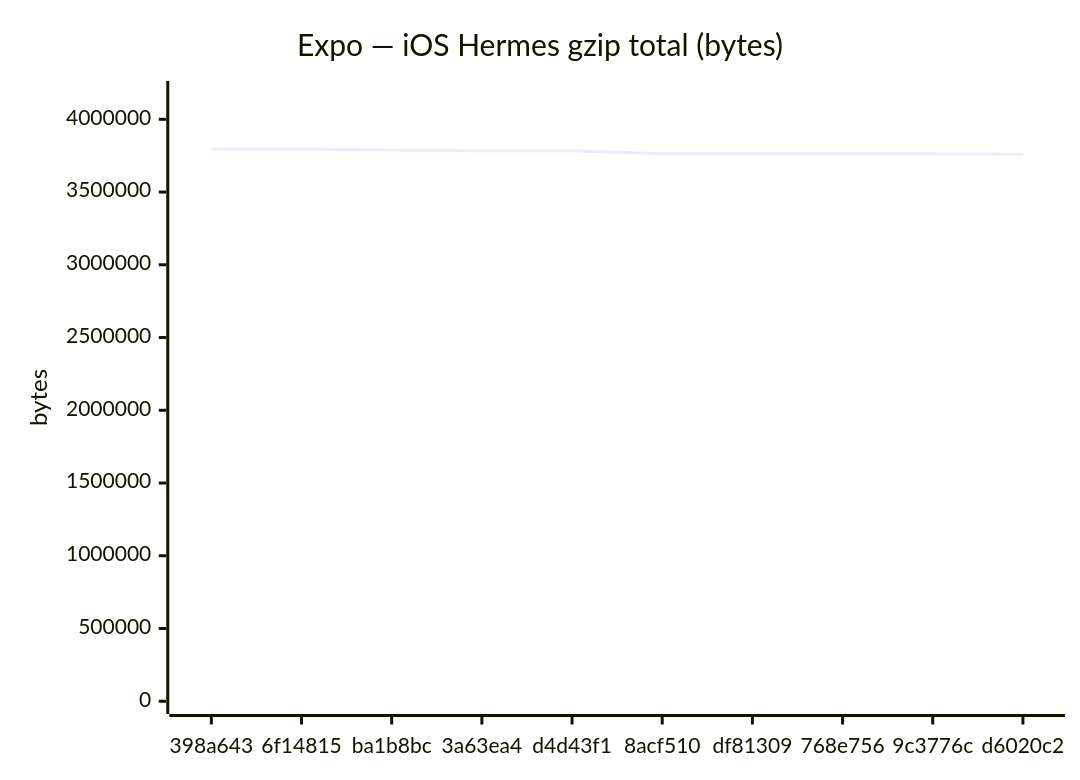
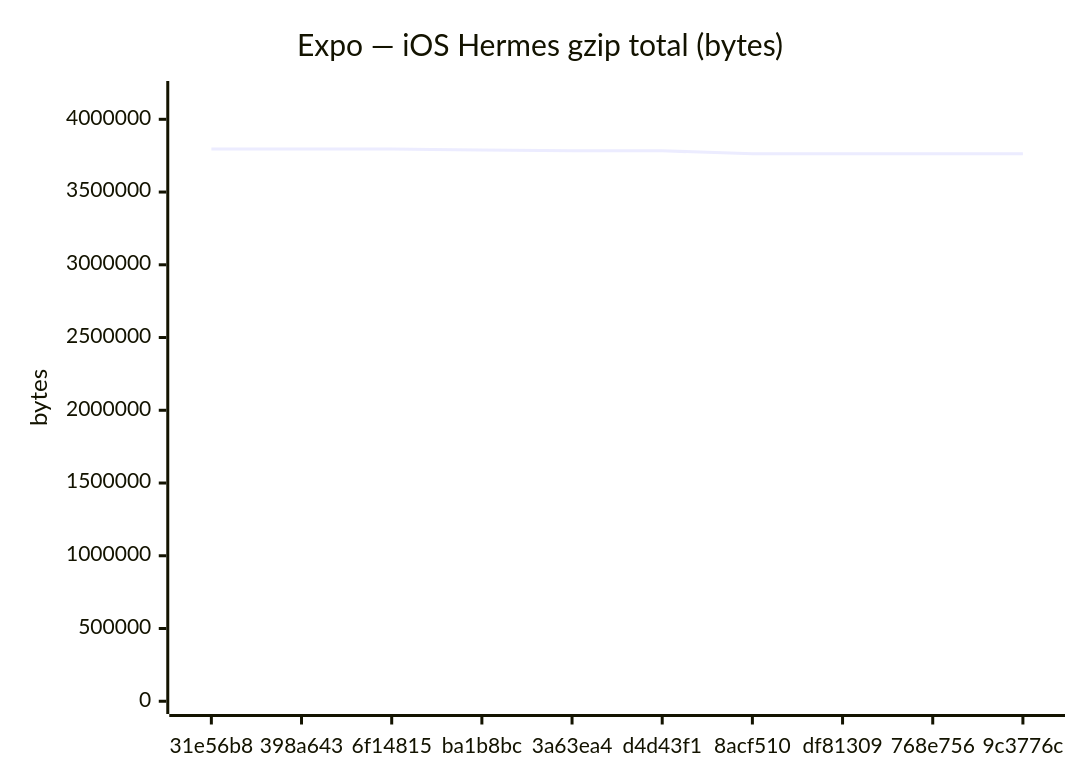
The sixth of 18 diagrams in benchmarks/compare.md (Metaheurist/Rianell), drawn with Mermaid before and after one commit. The commit also changed other lines of this file and 11 other files, not shown here.

````diff
--- a/benchmarks/compare.md
+++ b/benchmarks/compare.md
@@ -96,7 +96,7 @@
 ```mermaid
 xychart-beta
     title "Expo — iOS Hermes gzip total (bytes)"
-    x-axis ["398a643", "6f14815", "ba1b8bc", "3a63ea4", "d4d43f1", "8acf510", "df81309", "768e756", "9c3776c", "d6020c2"]
+    x-axis ["31e56b8", "398a643", "6f14815", "ba1b8bc", "3a63ea4", "d4d43f1", "8acf510", "df81309", "768e756", "9c3776c"]
     y-axis "bytes" 0 --> 4175606
-    line [3796002, 3796005, 3788525, 3783517, 3783520, 3762734, 3762736, 3762498, 3762733, 3759872]
+    line [3796002, 3796002, 3796005, 3788525, 3783517, 3783520, 3762734, 3762736, 3762498, 3762733]
 ```
````
